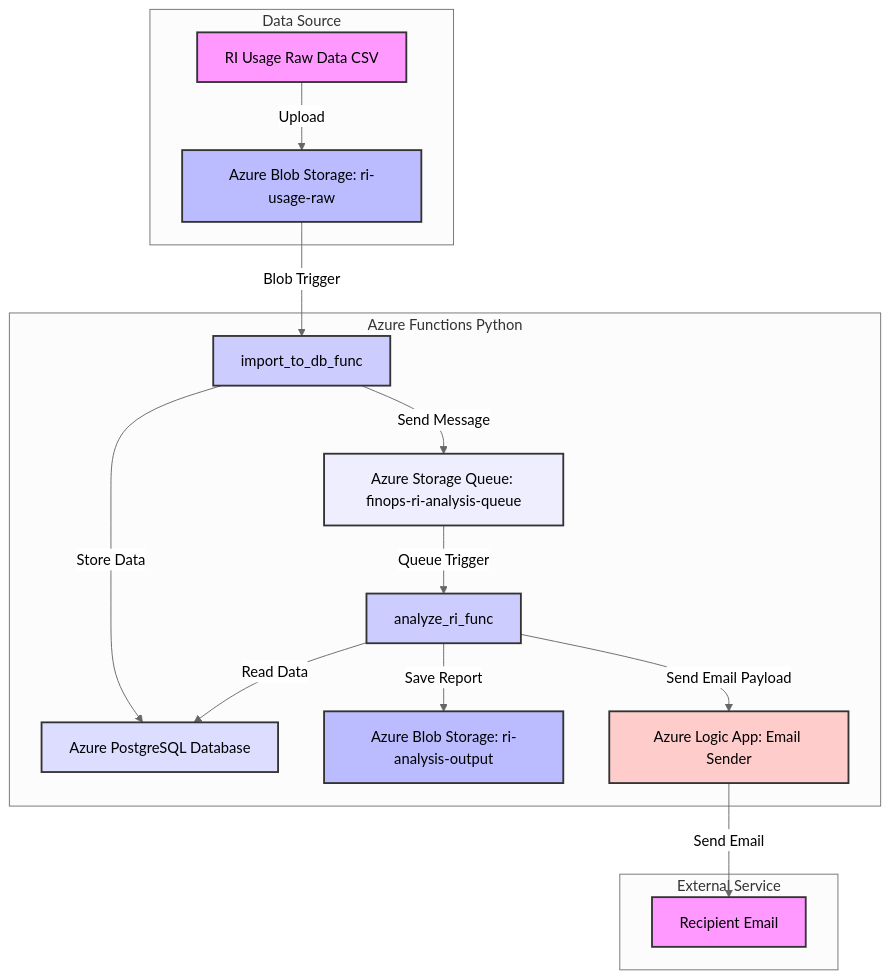
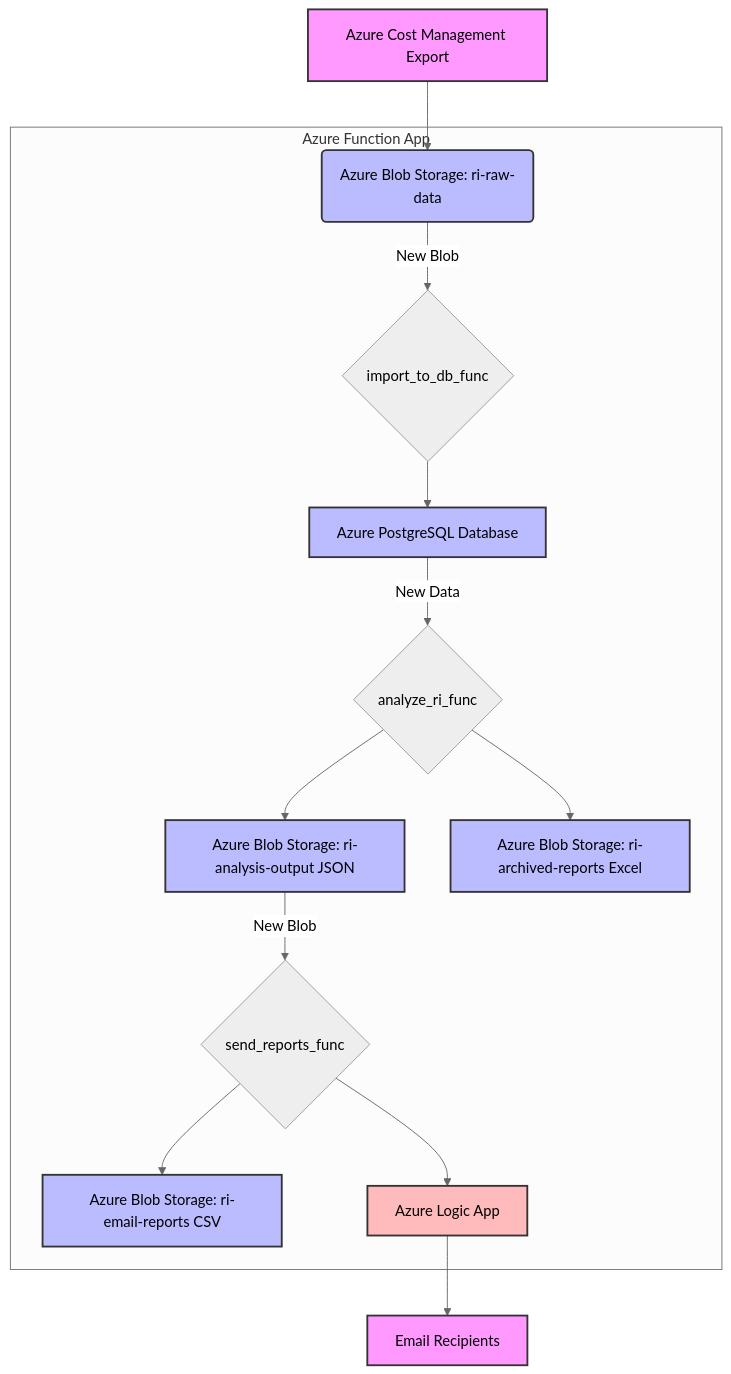
The second of 2 diagrams in README.md (DytAC-study/8922-FinOpsRI), drawn with Mermaid (neutral theme) before and after one commit. The commit also changed other lines of this file and 17 other files, not shown here.

````diff
--- a/README.md
+++ b/README.md
@@ -18,31 +46,26 @@
-```mermaid
-graph TD
-    subgraph Data Source
-        A[RI Usage Raw Data CSV] -->|Upload| B[Azure Blob Storage: ri-usage-raw]
-    end
-
-    subgraph Azure Functions Python
-        B -->|Blob Trigger| C[import_to_db_func]
-        C -->|Store Data| D[Azure PostgreSQL Database]
-        C -->|Send Message| E[Azure Storage Queue: finops-ri-analysis-queue]
-        E -->|Queue Trigger| F[analyze_ri_func]
-        F -->|Read Data| D
-        F -->|Save Report| G[Azure Blob Storage: ri-analysis-output]
-        F -->|Send Email Payload| H[Azure Logic App: Email Sender]
-    end
-
-    subgraph External Service
-        H -->|Send Email| I[Recipient Email]
-    end
-
-    style A fill:#f9f,stroke:#333,stroke-width:2px
-    style B fill:#bbf,stroke:#333,stroke-width:2px
-    style C fill:#ccf,stroke:#333,stroke-width:2px
-    style D fill:#ddf,stroke:#333,stroke-width:2px
-    style E fill:#eef,stroke:#333,stroke-width:2px
-    style F fill:#ccf,stroke:#333,stroke-width:2px
-    style G fill:#bbf,stroke:#333,stroke-width:2px
-    style H fill:#fcc,stroke:#333,stroke-width:2px
-    style I fill:#f9f,stroke:#333,stroke-width:2px
-
-```
+     ```mermaid
+     graph TD
+         A[Azure Cost Management Export] --> B(Azure Blob Storage: ri-raw-data);
+     
+         subgraph Azure Function App
+             B -- New Blob --> C{import_to_db_func};
+             C --> D[Azure PostgreSQL Database];
+             D -- New Data --> E{analyze_ri_func};
+             E --> F[Azure Blob Storage: ri-analysis-output JSON];
+             E --> G[Azure Blob Storage: ri-archived-reports Excel];
+             F -- New Blob --> H{send_reports_func};
+             H --> I[Azure Blob Storage: ri-email-reports CSV];
+             H --> J[Azure Logic App];
+         end
+     
+         J --> K[Email Recipients];
+     
+         style A fill:#f9f,stroke:#333,stroke-width:2px;
+         style B fill:#bbf,stroke:#333,stroke-width:2px;
+         style D fill:#bbf,stroke:#333,stroke-width:2px;
+         style F fill:#bbf,stroke:#333,stroke-width:2px;
+         style G fill:#bbf,stroke:#333,stroke-width:2px;
+         style I fill:#bbf,stroke:#333,stroke-width:2px;
+         style J fill:#fbb,stroke:#333,stroke-width:2px;
+         style K fill:#f9f,stroke:#333,stroke-width:2px;
+     ```
````
